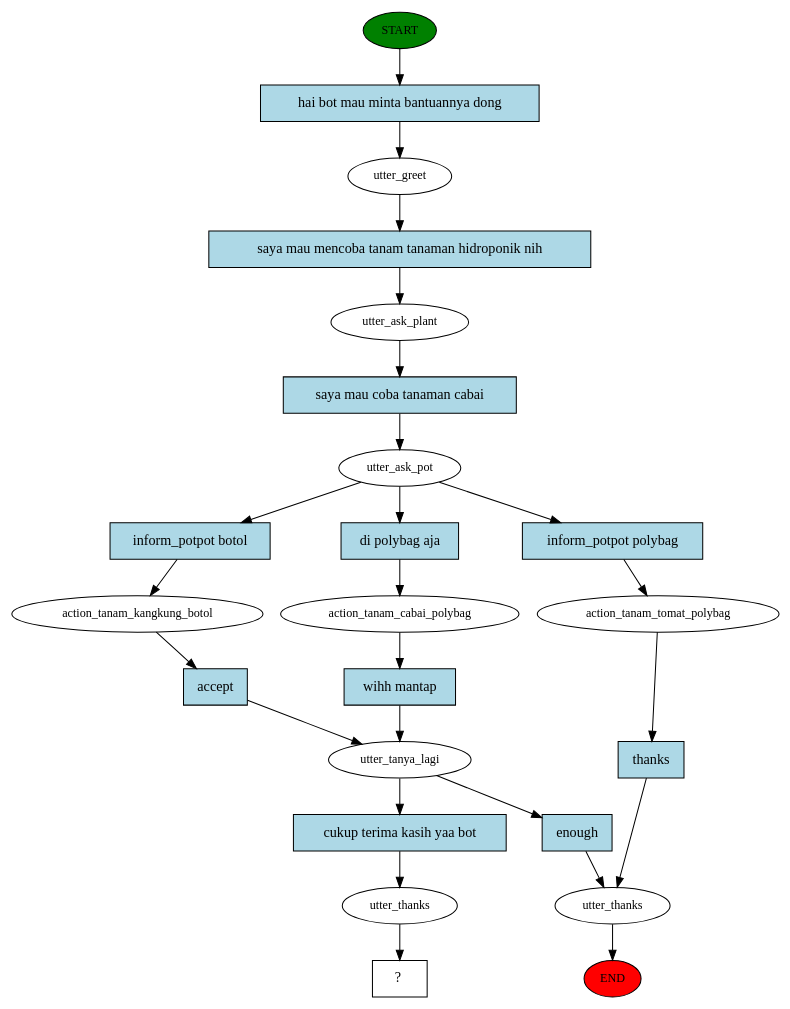
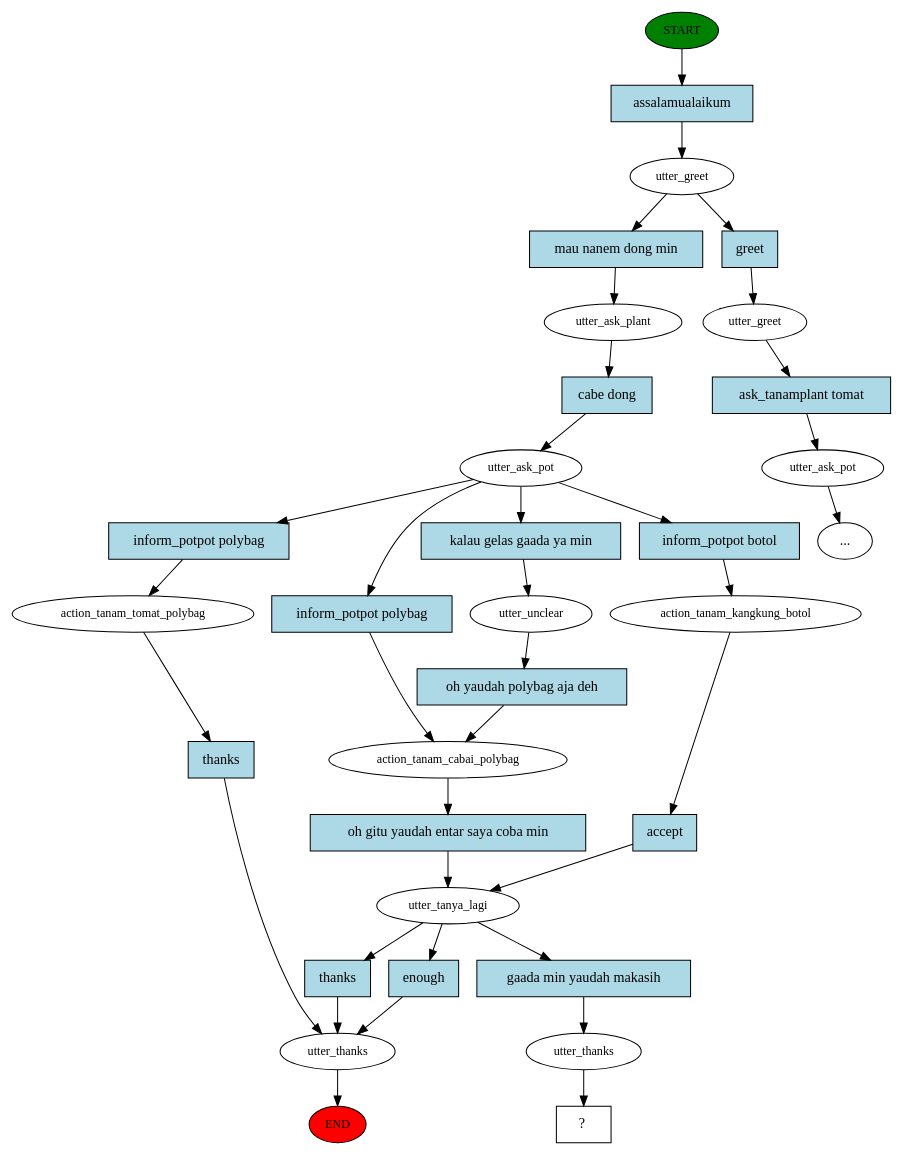
One commit to naufalmukhbit/Chatbot2019 changed the diagram in story_graph.dot. Above: the diagram before and after it, drawn with Graphviz. The commit also changed 18 other files, not shown here.

```diff
--- a/story_graph.dot
+++ b/story_graph.dot
@@ -1,49 +1,69 @@
 digraph  {
 0 [class="start active", fillcolor=green, fontsize=12, label=START, style=filled];
 "-1" [class=end, fillcolor=red, fontsize=12, label=END, style=filled];
 1 [class=active, fontsize=12, label=utter_greet];
 2 [class=active, fontsize=12, label=utter_ask_plant];
 3 [class=active, fontsize=12, label=utter_ask_pot];
-4 [class="", fontsize=12, label=action_tanam_kangkung_botol];
-5 [class=active, fontsize=12, label=utter_tanya_lagi];
-6 [class="", fontsize=12, label=utter_thanks];
-10 [class="", fontsize=12, label=action_tanam_tomat_polybag];
-15 [class=active, fontsize=12, label=action_tanam_cabai_polybag];
-17 [class=active, fontsize=12, label=utter_thanks];
-18 [class="intent dashed active", label="  ?  ", shape=rect];
-19 [class="intent active", fillcolor=lightblue, label="hai bot mau minta bantuannya dong", shape=rect, style=filled];
-20 [class="intent active", fillcolor=lightblue, label="saya mau mencoba tanam tanaman hidroponik nih", shape=rect, style=filled];
-21 [class="intent active", fillcolor=lightblue, label="saya mau coba tanaman cabai", shape=rect, style=filled];
-22 [class=intent, fillcolor=lightblue, label="inform_potpot botol", shape=rect, style=filled];
-23 [class=intent, fillcolor=lightblue, label="inform_potpot polybag", shape=rect, style=filled];
-24 [class="intent active", fillcolor=lightblue, label="di polybag aja", shape=rect, style=filled];
-25 [class=intent, fillcolor=lightblue, label=accept, shape=rect, style=filled];
-26 [class=intent, fillcolor=lightblue, label=enough, shape=rect, style=filled];
-27 [class="intent active", fillcolor=lightblue, label="cukup terima kasih yaa bot", shape=rect, style=filled];
-28 [class=intent, fillcolor=lightblue, label=thanks, shape=rect, style=filled];
-29 [class="intent active", fillcolor=lightblue, label="wihh mantap", shape=rect, style=filled];
-0 -> 19  [class=active, key=0];
-1 -> 20  [class=active, key=0];
-2 -> 21  [class=active, key=0];
-3 -> 22  [class="", key=0];
-3 -> 23  [class="", key=0];
-3 -> 24  [class=active, key=0];
-4 -> 25  [class="", key=0];
-5 -> 26  [class="", key=0];
-5 -> 27  [class=active, key=0];
-6 -> "-1"  [class="", key=NONE, label=""];
-10 -> 28  [class="", key=0];
-15 -> 29  [class=active, key=0];
-17 -> 18  [class=active, key=NONE, label=""];
-19 -> 1  [class=active, key=0];
-20 -> 2  [class=active, key=0];
-21 -> 3  [class=active, key=0];
-22 -> 4  [class="", key=0];
-23 -> 10  [class="", key=0];
-24 -> 15  [class=active, key=0];
-25 -> 5  [class="", key=0];
-26 -> 6  [class="", key=0];
-27 -> 17  [class=active, key=0];
-28 -> 6  [class="", key=0];
-29 -> 5  [class=active, key=0];
+4 [class="", fontsize=12, label=action_tanam_tomat_polybag];
+5 [class="", fontsize=12, label=utter_thanks];
+9 [class=active, fontsize=12, label=action_tanam_cabai_polybag];
+10 [class=active, fontsize=12, label=utter_tanya_lagi];
+13 [class="", fontsize=12, label=utter_greet];
+14 [class="", fontsize=12, label=utter_ask_pot];
+"-3" [class=ellipsis, label="..."];
+18 [class="", fontsize=12, label=action_tanam_kangkung_botol];
+24 [class=active, fontsize=12, label=utter_unclear];
+27 [class=active, fontsize=12, label=utter_thanks];
+28 [class="intent dashed active", label="  ?  ", shape=rect];
+29 [class="intent active", fillcolor=lightblue, label=assalamualaikum, shape=rect, style=filled];
+30 [class="intent active", fillcolor=lightblue, label="mau nanem dong min", shape=rect, style=filled];
+31 [class=intent, fillcolor=lightblue, label=greet, shape=rect, style=filled];
+32 [class="intent active", fillcolor=lightblue, label="cabe dong", shape=rect, style=filled];
+33 [class=intent, fillcolor=lightblue, label="inform_potpot polybag", shape=rect, style=filled];
+34 [class=intent, fillcolor=lightblue, label="inform_potpot polybag", shape=rect, style=filled];
+35 [class=intent, fillcolor=lightblue, label="inform_potpot botol", shape=rect, style=filled];
+36 [class="intent active", fillcolor=lightblue, label="kalau gelas gaada ya min", shape=rect, style=filled];
+37 [class=intent, fillcolor=lightblue, label=thanks, shape=rect, style=filled];
+38 [class="intent active", fillcolor=lightblue, label="oh gitu yaudah entar saya coba min", shape=rect, style=filled];
+39 [class=intent, fillcolor=lightblue, label=thanks, shape=rect, style=filled];
+40 [class=intent, fillcolor=lightblue, label=enough, shape=rect, style=filled];
+41 [class="intent active", fillcolor=lightblue, label="gaada min yaudah makasih", shape=rect, style=filled];
+42 [class=intent, fillcolor=lightblue, label="ask_tanamplant tomat", shape=rect, style=filled];
+43 [class=intent, fillcolor=lightblue, label=accept, shape=rect, style=filled];
+44 [class="intent active", fillcolor=lightblue, label="oh yaudah polybag aja deh", shape=rect, style=filled];
+0 -> 29  [class=active, key=0];
+1 -> 30  [class=active, key=0];
+1 -> 31  [class="", key=0];
+2 -> 32  [class=active, key=0];
+3 -> 33  [class="", key=0];
+3 -> 34  [class="", key=0];
+3 -> 35  [class="", key=0];
+3 -> 36  [class=active, key=0];
+4 -> 37  [class="", key=0];
+5 -> "-1"  [class="", key=NONE, label=""];
+9 -> 38  [class=active, key=0];
+10 -> 39  [class="", key=0];
+10 -> 40  [class="", key=0];
+10 -> 41  [class=active, key=0];
+13 -> 42  [class="", key=0];
+14 -> "-3"  [class="", key=NONE, label=""];
+18 -> 43  [class="", key=0];
+24 -> 44  [class=active, key=0];
+27 -> 28  [class=active, key=NONE, label=""];
+29 -> 1  [class=active, key=0];
+30 -> 2  [class=active, key=0];
+31 -> 13  [class="", key=0];
+32 -> 3  [class=active, key=0];
+33 -> 4  [class="", key=0];
+34 -> 9  [class="", key=0];
+35 -> 18  [class="", key=0];
+36 -> 24  [class=active, key=0];
+37 -> 5  [class="", key=0];
+38 -> 10  [class=active, key=0];
+39 -> 5  [class="", key=0];
+40 -> 5  [class="", key=0];
+41 -> 27  [class=active, key=0];
+42 -> 14  [class="", key=0];
+43 -> 10  [class="", key=0];
+44 -> 9  [class=active, key=0];
 }
```
